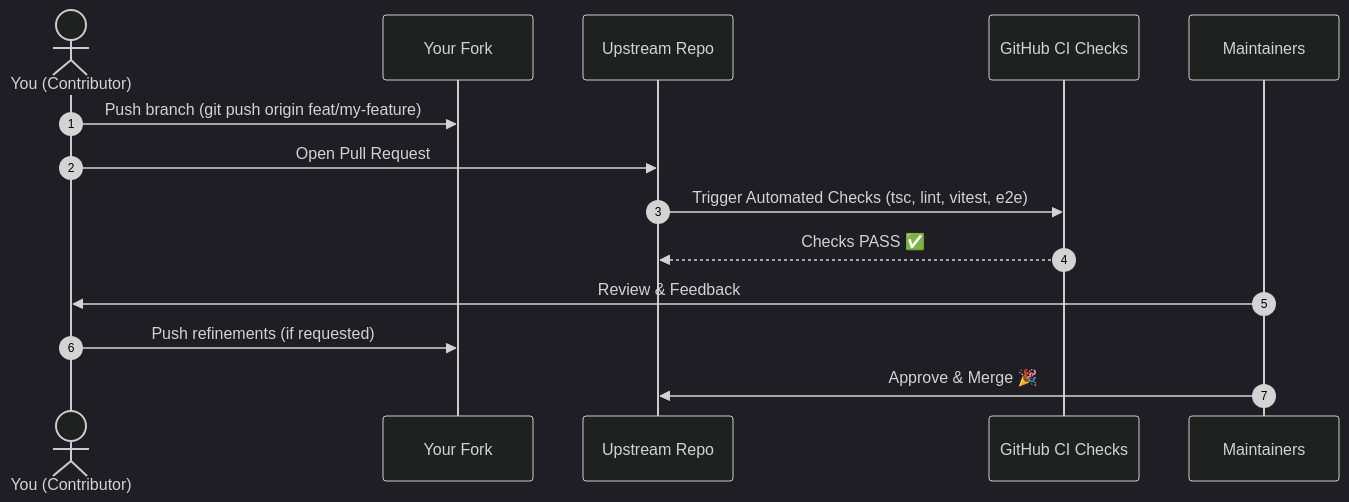
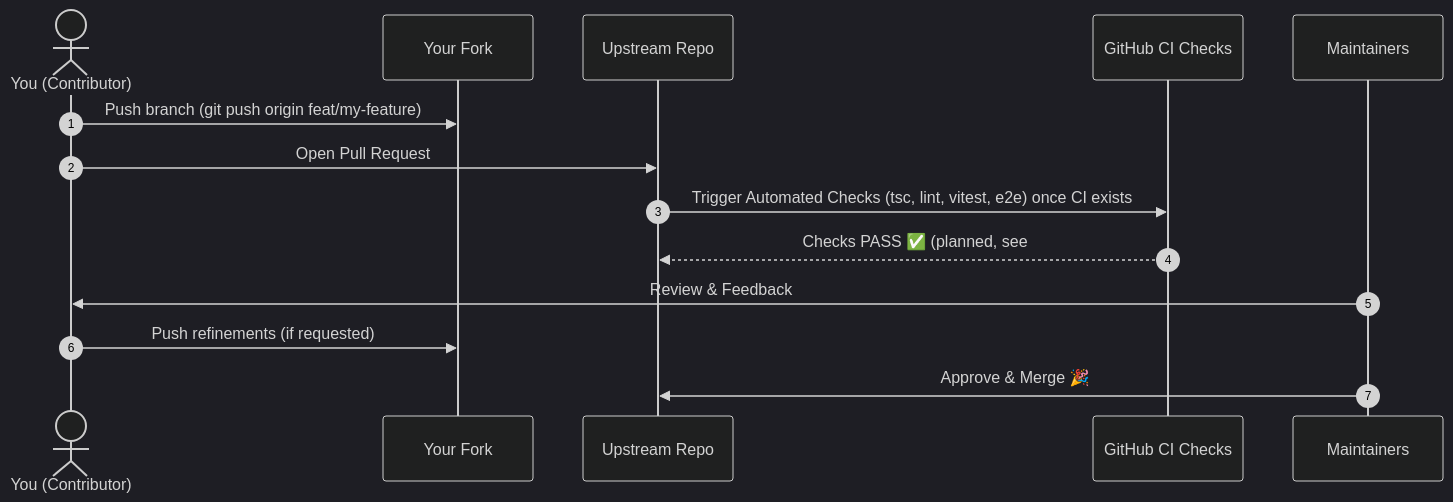
One commit to GajananPalepwad/TheFreeVideoEditor changed the second of 2 diagrams in CONTRIBUTING.md. Above: the diagram before and after it, drawn with Mermaid (dark theme). The commit also changed other lines of this file, not shown here.

````diff
--- a/CONTRIBUTING.md
+++ b/CONTRIBUTING.md
@@ -223,17 +240,17 @@
 ```mermaid
 sequenceDiagram
     autonumber
     actor Contributor as You (Contributor)
     participant Fork as Your Fork
     participant Repo as Upstream Repo
     participant CI as GitHub CI Checks
     participant Reviewer as Maintainers
 
     Contributor->>Fork: Push branch (git push origin feat/my-feature)
     Contributor->>Repo: Open Pull Request
-    Repo->>CI: Trigger Automated Checks (tsc, lint, vitest, e2e)
-    CI-->>Repo: Checks PASS ✅
+    Repo->>CI: Trigger Automated Checks (tsc, lint, vitest, e2e) once CI exists
+    CI-->>Repo: Checks PASS ✅ (planned, see #40)
     Reviewer->>Contributor: Review & Feedback
     Contributor->>Fork: Push refinements (if requested)
     Reviewer->>Repo: Approve & Merge 🎉
 ```
````
